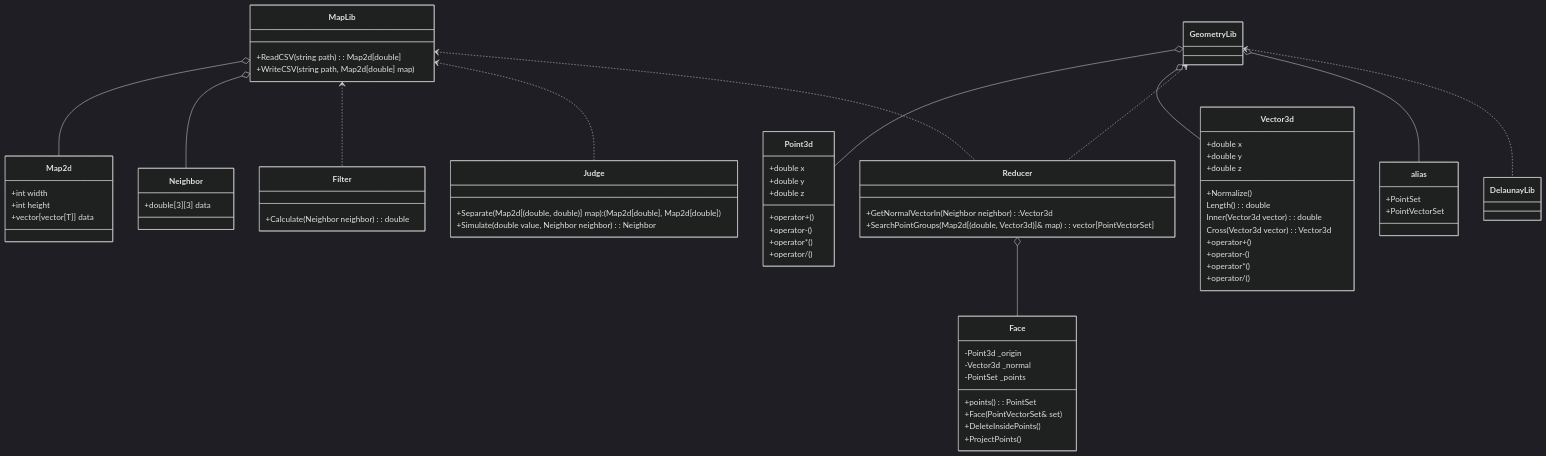
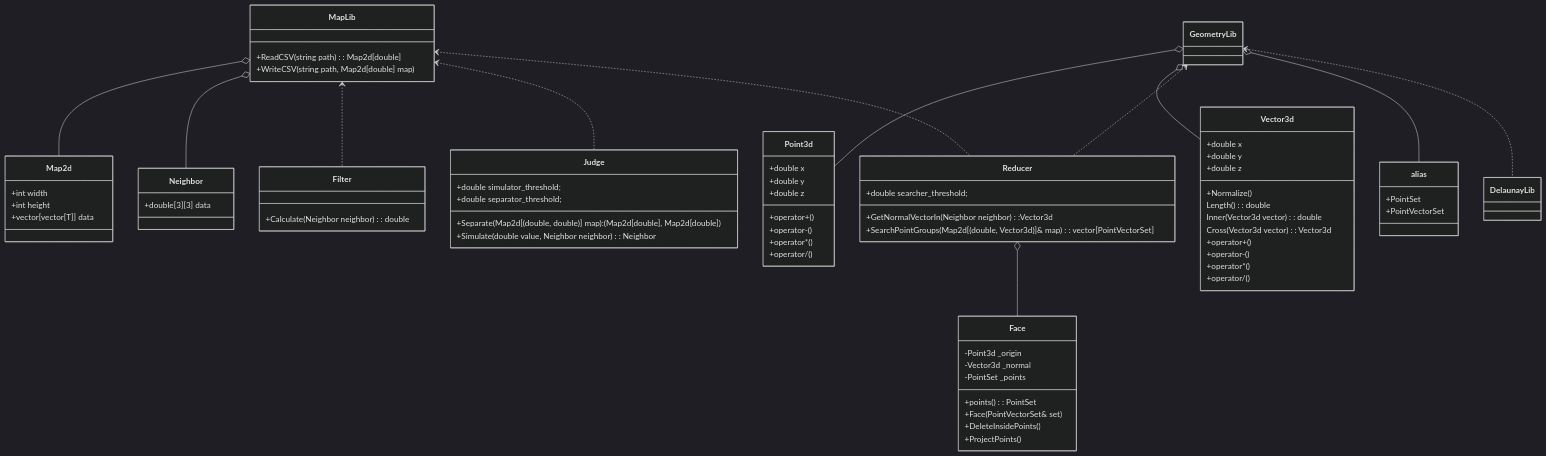
The diagram in class.md (HotariTobu/ImageContents1), drawn with Mermaid (dark theme) before and after one commit. The commit also changed 3 other files, not shown here.

```diff
--- a/class.md
+++ b/class.md
@@ -3,6 +3,7 @@
     class GeometryLib {
 
     }
+
     class Point3d {
         +double x
         +double y
@@ -13,6 +14,7 @@
         +operator/()
     }
     GeometryLib o-- Point3d
+
     class Vector3d {
         +double x
         +double y
@@ -27,35 +29,45 @@
         +operator/()
     }
     GeometryLib o-- Vector3d
+
 	class MapLib {
 		+ReadCSV(string path): Map2d[double]
 		+WriteCSV(string path, Map2d[double] map)
 	}
+
     class Map2d {
         +int width
         +int height
         +vector[vector[T]] data
     }
     MapLib o-- Map2d
+
     class Neighbor {
         +double[3][3] data
     }
     MapLib o-- Neighbor
+
     class Filter {
         +Calculate(Neighbor neighbor): double
     }
     MapLib <.. Filter
+
     class Judge{
+        +double simulator_threshold;
+        +double separator_threshold;
         +Separate(Map2d[(double, double)] map): (Map2d[double], Map2d[double])
         +Simulate(double value, Neighbor neighbor): Neighbor
     }
     MapLib <.. Judge
+
     class Reducer{
+        +double searcher_threshold;
         +GetNormalVectorIn(Neighbor neighbor):Vector3d
         +SearchPointGroups(Map2d[(double, Vector3d)]& map): vector[PointVectorSet]
     }
     GeometryLib <.. Reducer
     MapLib <.. Reducer
+
     class Face {
         -Point3d _origin
         -Vector3d _normal
@@ -66,11 +78,13 @@
         +ProjectPoints()
     }
     Reducer o-- Face
+
     class alias {
         +PointSet
         +PointVectorSet
     }
     GeometryLib o-- alias
+
     class DelaunayLib {
 
     }
```
